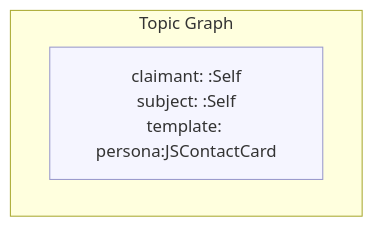
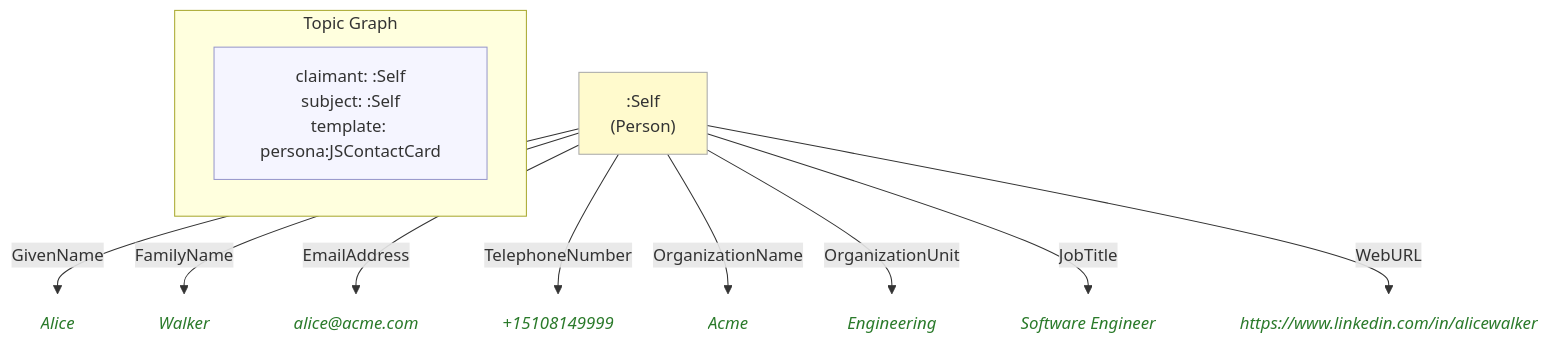
The diagram in example/topics/images/self.self(Alice-Walker)(employee)(10).mmd (MeeFoundation/mia-ontologies), drawn with Mermaid before and after one commit. The commit also changed 50 other files, not shown here.

```diff
--- a/example/topics/images/self.self(Alice-Walker)(employee)(10).mmd
+++ b/example/topics/images/self.self(Alice-Walker)(employee)(10).mmd
@@ -1,11 +1,30 @@
 flowchart TD
     classDef person fill:#fffacd,stroke:#aaa,color:#333
     classDef grp    fill:#d4edda,stroke:#aaa,color:#333
     classDef org    fill:#cce5ff,stroke:#aaa,color:#333
     classDef lit    fill:none,stroke:none,font-style:italic,color:#2a7a2a
     classDef meta   fill:#f5f5ff,stroke:#9999cc,color:#333
 
     subgraph ctx["Topic Graph"]
         direction LR
         ctx_meta["claimant: :Self\nsubject: :Self\ntemplate: persona:JSContactCard"]:::meta
     end
+
+    ne0c3ba92f1db[":Self\n(Person)"]:::person
+    n9875ee9f9bfe("Alice"):::lit
+    n13a0e0741314("Walker"):::lit
+    nd4903f0d3c47("alice@acme.com"):::lit
+    n2a1c264e5432("+15108149999"):::lit
+    n12b5c9c0e210("Acme"):::lit
+    nf9ddf72fb8eb("Engineering"):::lit
+    nf47773635bca("Software Engineer"):::lit
+    n6f51fe59be24("https://www.linkedin.com/in/alicewalker"):::lit
+
+    ne0c3ba92f1db -->|"GivenName"| n9875ee9f9bfe
+    ne0c3ba92f1db -->|"FamilyName"| n13a0e0741314
+    ne0c3ba92f1db -->|"EmailAddress"| nd4903f0d3c47
+    ne0c3ba92f1db -->|"TelephoneNumber"| n2a1c264e5432
+    ne0c3ba92f1db -->|"OrganizationName"| n12b5c9c0e210
+    ne0c3ba92f1db -->|"OrganizationUnit"| nf9ddf72fb8eb
+    ne0c3ba92f1db -->|"JobTitle"| nf47773635bca
+    ne0c3ba92f1db -->|"WebURL"| n6f51fe59be24
```
